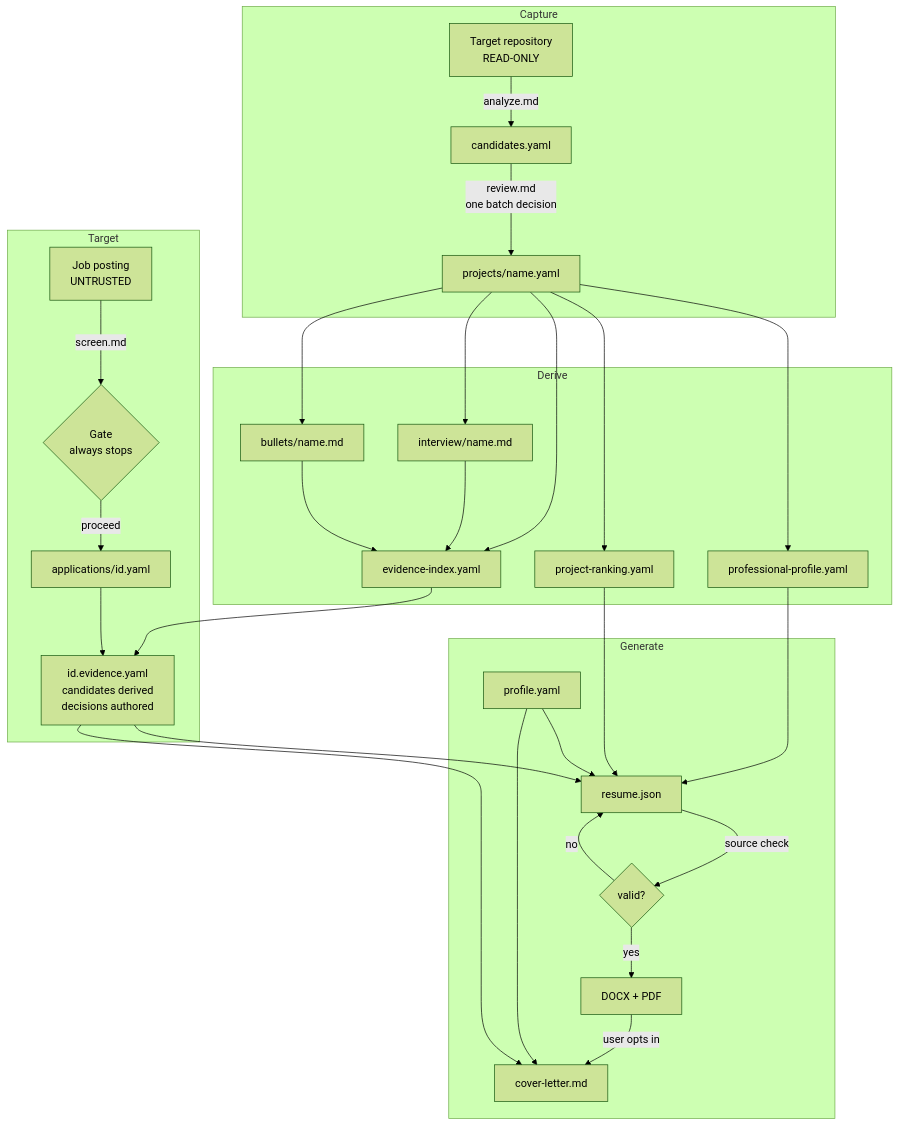
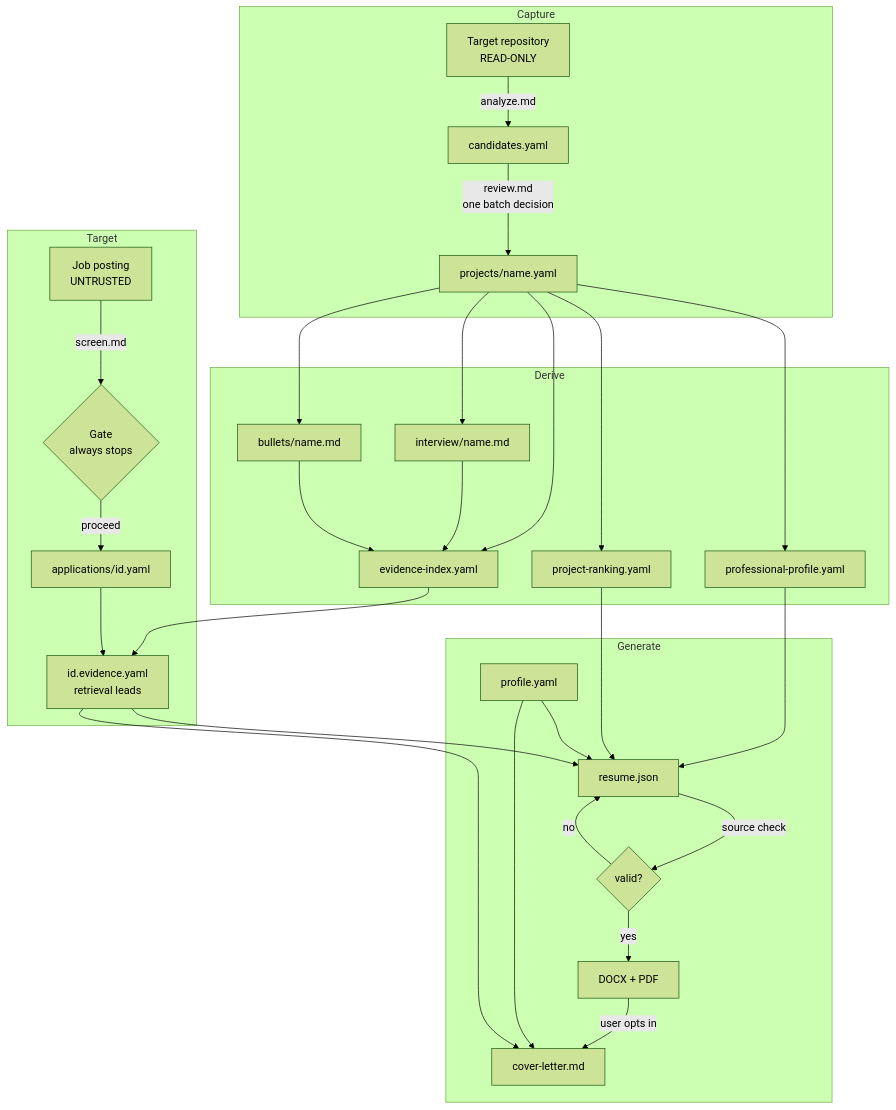
One commit to AymanYehia23/ekb-toolkit changed the diagram in docs/architecture.md. Above: the diagram before and after it, drawn with Mermaid (forest theme). The commit also changed other lines of this file and 12 other files, not shown here.

````diff
--- a/docs/architecture.md
+++ b/docs/architecture.md
@@ -118,38 +128,38 @@
 ```mermaid
 flowchart TD
     subgraph capture [Capture]
       R[Target repository<br/>READ-ONLY] -->|analyze.md| C[candidates.yaml]
       C -->|review.md<br/>one batch decision| K[projects/name.yaml]
     end
 
     subgraph derive [Derive]
       K --> PP[professional-profile.yaml]
       K --> RK[project-ranking.yaml]
       K --> IX[evidence-index.yaml]
       B[bullets/name.md] --> IX
       I[interview/name.md] --> IX
     end
 
     subgraph target [Target]
       J[Job posting<br/>UNTRUSTED] -->|screen.md| G{Gate<br/>always stops}
       G -->|proceed| A[applications/id.yaml]
-      A --> SL[id.evidence.yaml<br/>candidates derived<br/>decisions authored]
+      A --> SL[id.evidence.yaml<br/>retrieval leads]
       IX --> SL
     end
 
     subgraph generate [Generate]
       SL --> M[resume.json]
       PR[profile.yaml] --> M
       PP --> M
       RK --> M
       M -->|source check| V{valid?}
       V -->|yes| D[DOCX + PDF]
       V -->|no| M
       D -->|user opts in| CL[cover-letter.md]
       SL --> CL
       PR --> CL
     end
 
     K --> I
     K --> B
 ```
````
